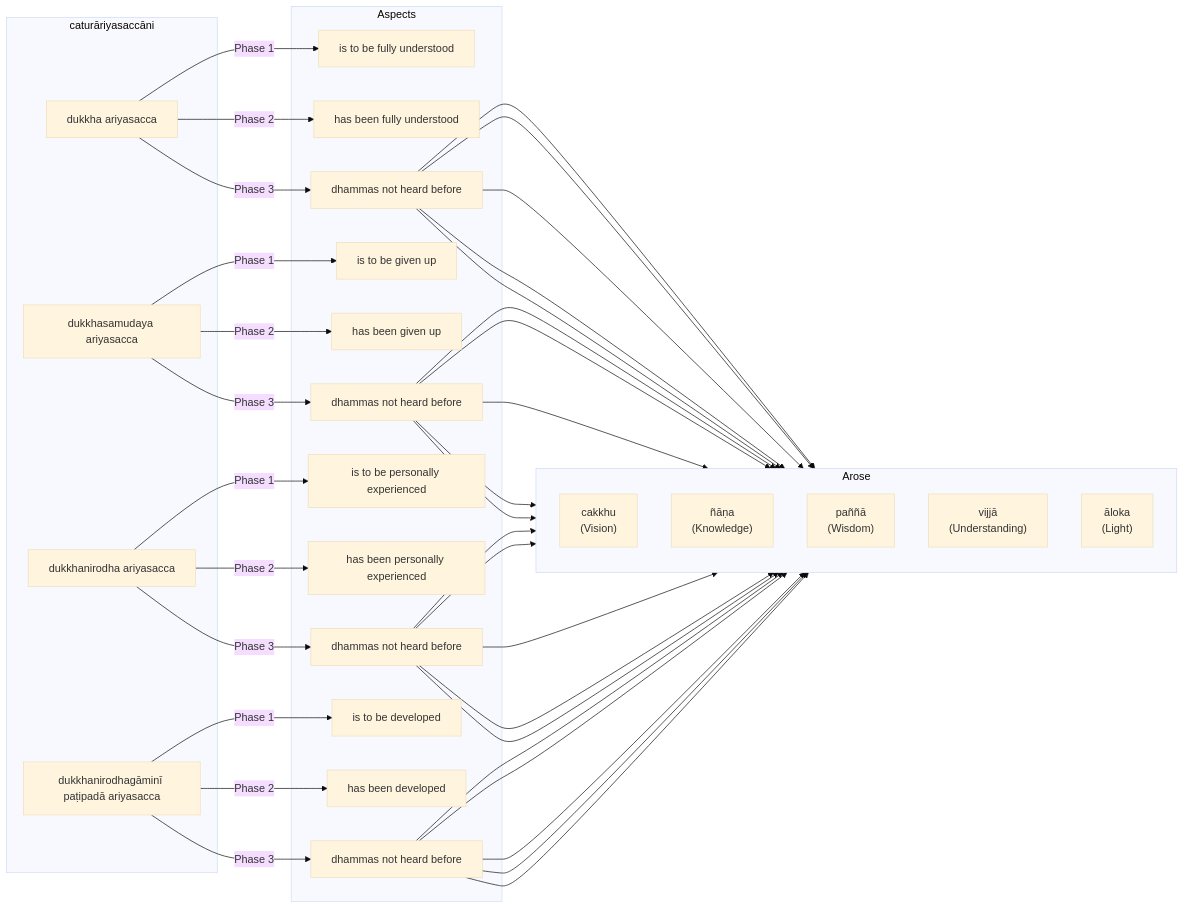
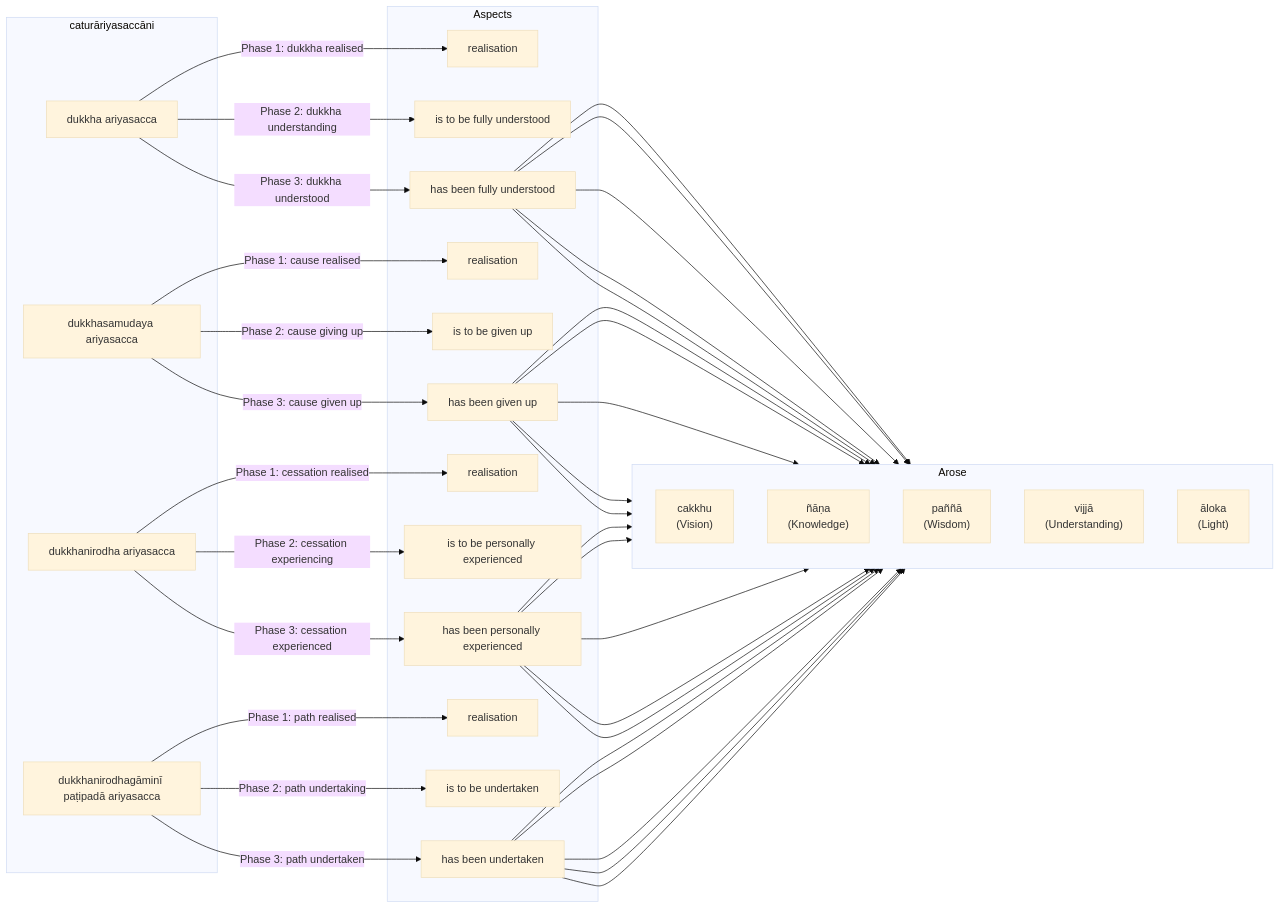
Before and after one commit to ChristineTham/tidipa: the eighth of 13 diagrams in content/Khandhaka/1.6.md, drawn with Mermaid (base theme). The commit also changed other lines of this file and 1 other file, not shown here.

````diff
--- a/content/Khandhaka/1.6.md
+++ b/content/Khandhaka/1.6.md
@@ -381,44 +381,44 @@
 ```mermaid
 graph LR
     subgraph N[caturāriyasaccāni]
         N1[dukkha ariyasacca]
         N2[dukkhasamudaya ariyasacca]
         N3[dukkhanirodha ariyasacca]
         N4[dukkhanirodhagāminī paṭipadā ariyasacca]
     end
     subgraph Aspects
-        P1-1[is to be fully understood]
-        P1-2[has been fully understood]
-        P1-3[dhammas not heard before]
-        P2-1[is to be given up]
-        P2-2[has been given up]
-        P2-3[dhammas not heard before]
-        P3-1[is to be personally experienced]
-        P3-2[has been personally experienced]
-        P3-3[dhammas not heard before]
-        P4-1[is to be developed]
-        P4-2[has been developed]
-        P4-3[dhammas not heard before]
+        P1-1[realisation]
+        P1-2[is to be fully understood]
+        P1-3[has been fully understood]
+        P2-1[realisation]
+        P2-2[is to be given up]
+        P2-3[has been given up]
+        P3-1[realisation]
+        P3-2[is to be personally experienced]
+        P3-3[has been personally experienced]
+        P4-1[realisation]
+        P4-2[is to be undertaken]
+        P4-3[has been undertaken]
     end
     subgraph Arose
         direction TB
         R1["cakkhu <br> (Vision)"]
         R2["ñāṇa <br> (Knowledge)"]
         R3["paññā <br> (Wisdom)"]
         R4["vijjā <br> (Understanding)"]
         R5["āloka <br> (Light)"]
     end
-    N1 -->|Phase 1| P1-1
-    N1 -->|Phase 2| P1-2
-    N1 -->|Phase 3| P1-3
-    N2 -->|Phase 1| P2-1
-    N2 -->|Phase 2| P2-2
-    N2 -->|Phase 3| P2-3
-    N3 -->|Phase 1| P3-1
-    N3 -->|Phase 2| P3-2
-    N3 -->|Phase 3| P3-3
-    N4 -->|Phase 1| P4-1
-    N4 -->|Phase 2| P4-2
-    N4 -->|Phase 3| P4-3
+    N1 -->|Phase 1: dukkha realised| P1-1
+    N1 -->|Phase 2: dukkha understanding| P1-2
+    N1 -->|Phase 3: dukkha understood| P1-3
+    N2 -->|Phase 1: cause realised| P2-1
+    N2 -->|Phase 2: cause giving up| P2-2
+    N2 -->|Phase 3: cause given up| P2-3
+    N3 -->|Phase 1: cessation realised| P3-1
+    N3 -->|Phase 2: cessation experiencing| P3-2
+    N3 -->|Phase 3: cessation experienced| P3-3
+    N4 -->|Phase 1: path realised| P4-1
+    N4 -->|Phase 2: path undertaking| P4-2
+    N4 -->|Phase 3: path undertaken| P4-3
     P1-3 & P2-3 & P3-3 & P4-3 --> R1 & R2 & R3 & R4 & R5
 ```
````
